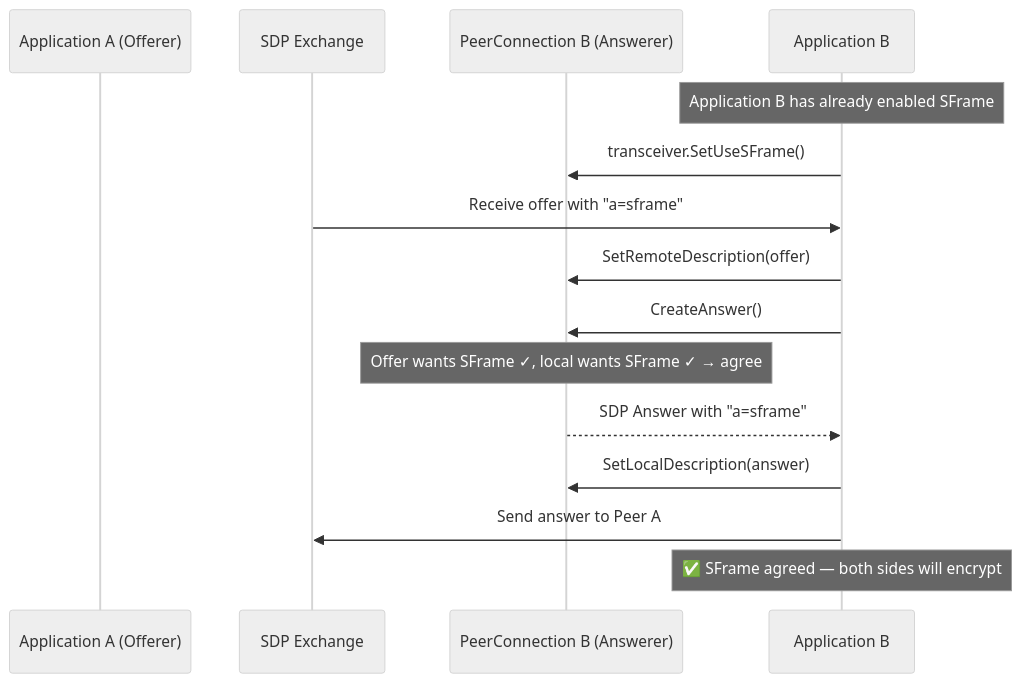
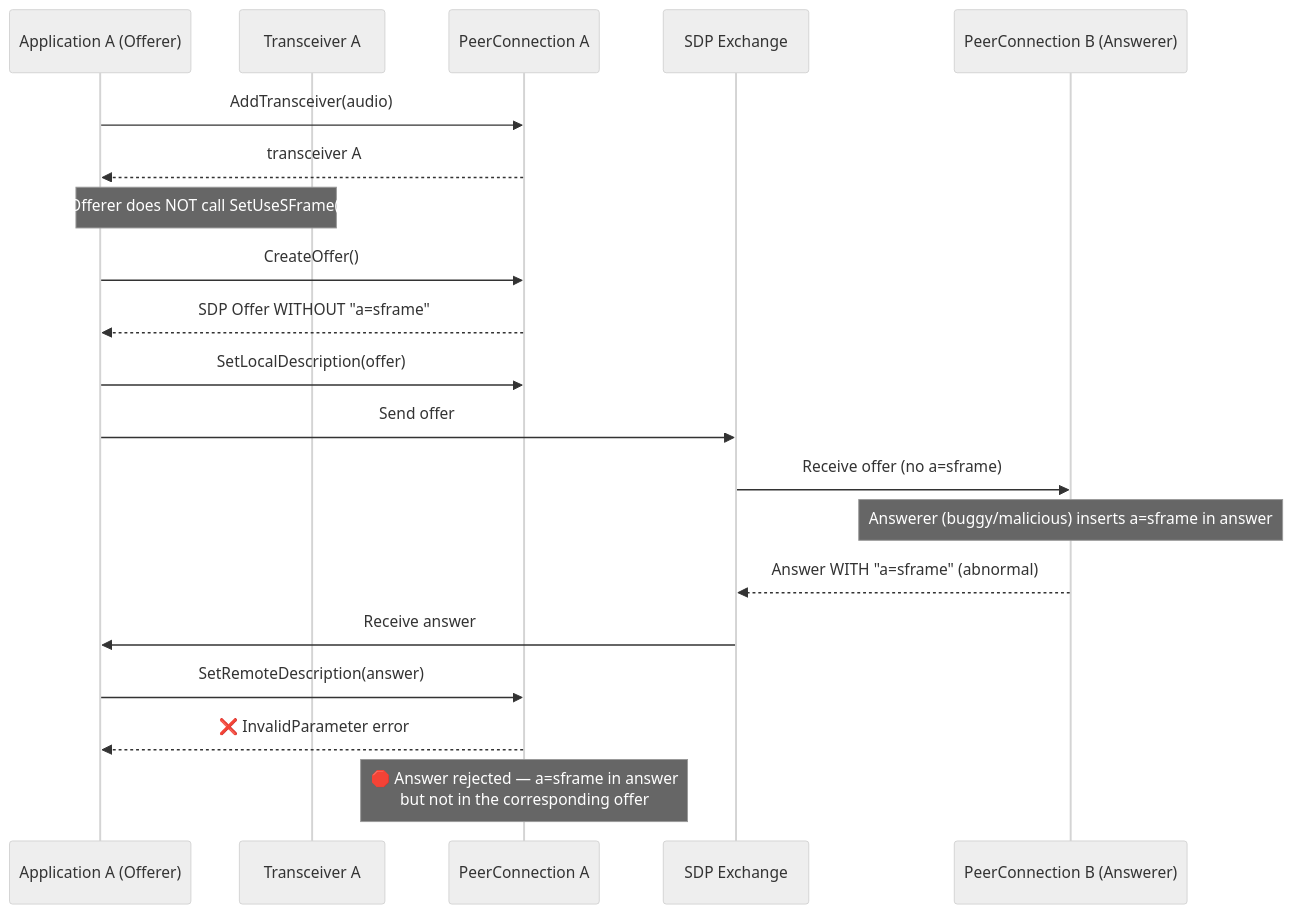
One commit to webex/webrtc-sframe changed the third of 6 diagrams in negotiation.md. Above: the diagram before and after it, drawn with Mermaid (neutral theme). The commit also changed other lines of this file, not shown here.

````diff
--- a/negotiation.md
+++ b/negotiation.md
@@ -133,22 +196,27 @@
 ```mermaid
 sequenceDiagram
     participant AppA as Application A (Offerer)
+    participant TA as Transceiver A
+    participant PCA as PeerConnection A
     participant SDP as SDP Exchange
     participant PCB as PeerConnection B (Answerer)
-    participant AppB as Application B
 
-    Note over AppB: Application B has already enabled SFrame
-    AppB->>PCB: transceiver.SetUseSFrame()
+    AppA->>PCA: AddTransceiver(audio)
+    PCA-->>AppA: transceiver A
+    Note over AppA,TA: Offerer does NOT call SetUseSFrame()
 
-    SDP->>AppB: Receive offer with "a=sframe"
-    AppB->>PCB: SetRemoteDescription(offer)
+    AppA->>PCA: CreateOffer()
+    PCA-->>AppA: SDP Offer WITHOUT "a=sframe"
+    AppA->>PCA: SetLocalDescription(offer)
+    AppA->>SDP: Send offer
 
-    AppB->>PCB: CreateAnswer()
-    Note over PCB: Offer wants SFrame ✓, local wants SFrame ✓ → agree
-    PCB-->>AppB: SDP Answer with "a=sframe"
+    SDP->>PCB: Receive offer (no a=sframe)
+    Note over PCB: Answerer (buggy/malicious) inserts a=sframe in answer
+    PCB-->>SDP: Answer WITH "a=sframe" (abnormal)
+    SDP->>AppA: Receive answer
 
-    AppB->>PCB: SetLocalDescription(answer)
-    AppB->>SDP: Send answer to Peer A
+    AppA->>PCA: SetRemoteDescription(answer)
+    PCA-->>AppA: ❌ InvalidParameter error
 
-    Note over AppB: ✅ SFrame agreed — both sides will encrypt
+    Note over PCA: 🛑 Answer rejected — a=sframe in answer<br/>but not in the corresponding offer
 ```
````
